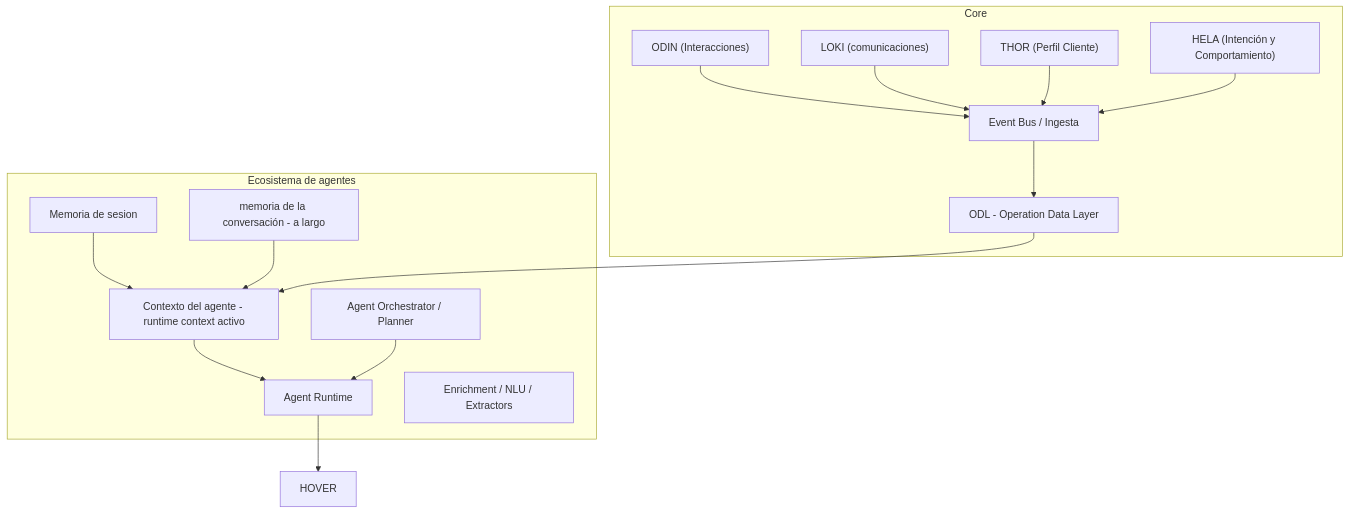
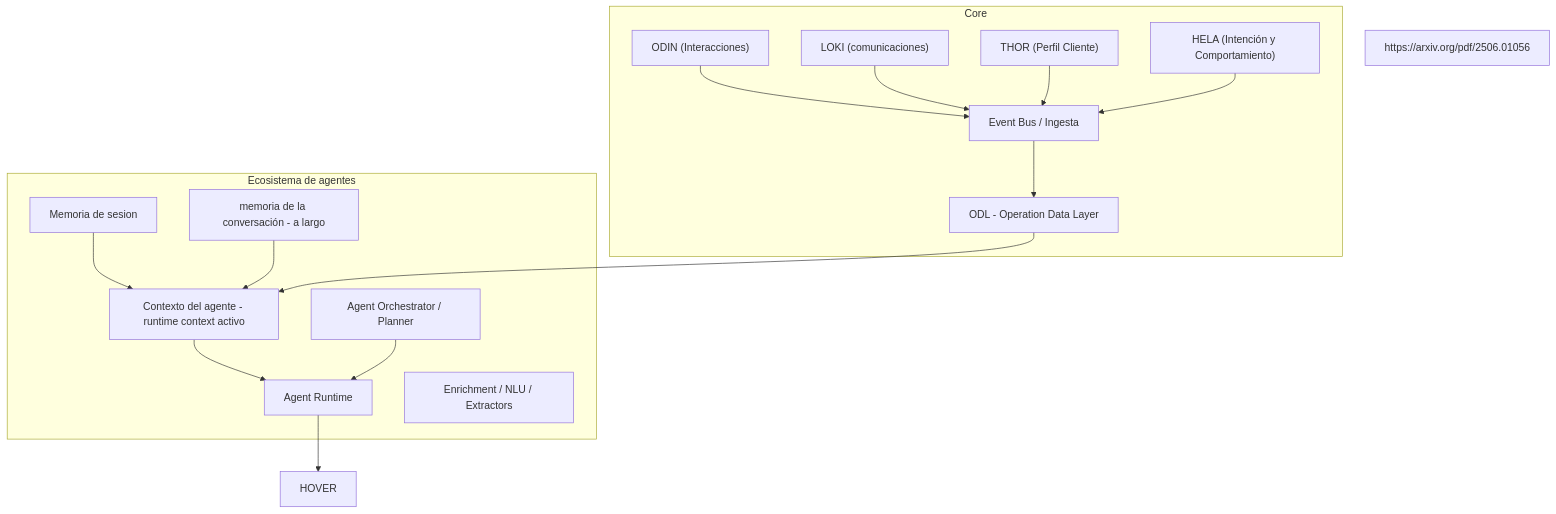
The diagram in contexto-básico.md (olgajoyas/ejemplos), drawn with Mermaid before and after one commit.

````diff
--- a/contexto-básico.md
+++ b/contexto-básico.md
@@ -1,38 +1,40 @@
 ```mermaid
 flowchart TD
+
+https://arxiv.org/pdf/2506.01056
 
   subgraph TRAD["Core"]
     A1["ODIN (Interacciones)"]
     A2["LOKI (comunicaciones)"]
     A3["THOR (Perfil Cliente)"]
     A4["HELA (Intención y Comportamiento)"]
 
     EB["Event Bus / Ingesta"]
     ODL["ODL - Operation Data Layer"]
     
     A1 --> EB
     A2 --> EB
     A3 --> EB
     A4 --> EB
     EB --> ODL
   end
 
   subgraph GENAI["Ecosistema de agentes"]
     STM["Memoria de sesion"]
     CTX["Contexto del agente - runtime context activo"]
     VEC["memoria de la conversación - a largo"]
     R1["Agent Runtime"]
     ORCH["Agent Orchestrator / Planner"]
     ENRICH["Enrichment / NLU / Extractors"]
 
     STM --> CTX
     VEC --> CTX
     CTX --> R1
     ORCH --> R1
   end
 
   ODL --> CTX
 
   R1 --> HOVER
 
 ```
````
